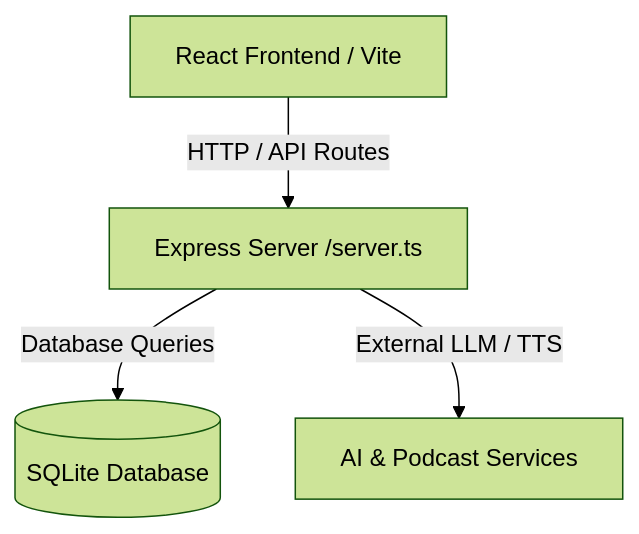
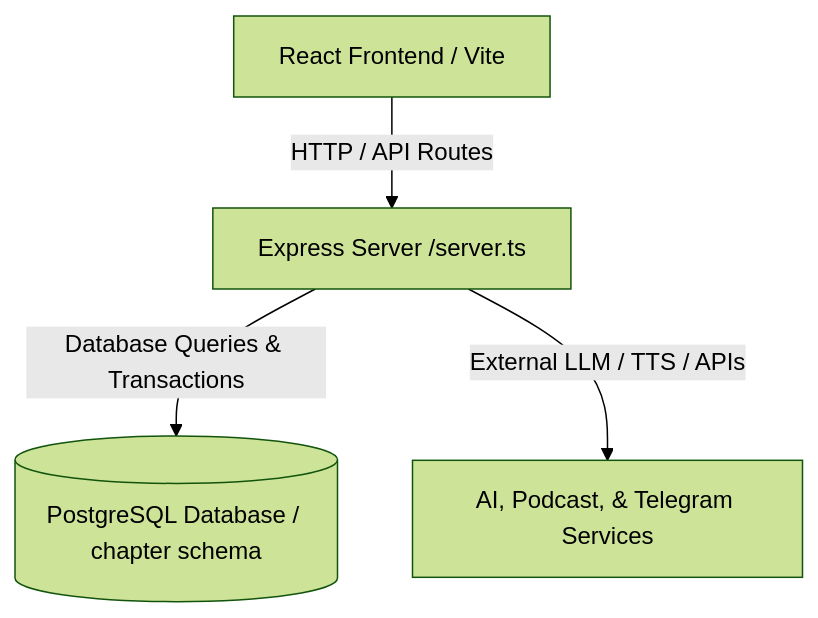
The diagram in openwiki/architecture/overview.md (tuanhuytruong/chapter), drawn with Mermaid (forest theme) before and after one commit. The commit also changed other lines of this file and 17 other files, not shown here.

````diff
--- a/openwiki/architecture/overview.md
+++ b/openwiki/architecture/overview.md
@@ -17,6 +21,6 @@
 ```mermaid
 flowchart TD
     Client[React Frontend / Vite] -->|HTTP / API Routes| Server[Express Server /server.ts]
-    Server -->|Database Queries| DB[(SQLite Database)]
-    Server -->|External LLM / TTS| AI[AI & Podcast Services]
+    Server -->|Database Queries & Transactions| DB[(PostgreSQL Database / chapter schema)]
+    Server -->|External LLM / TTS / APIs| AI[AI, Podcast, & Telegram Services]
 ```
````
